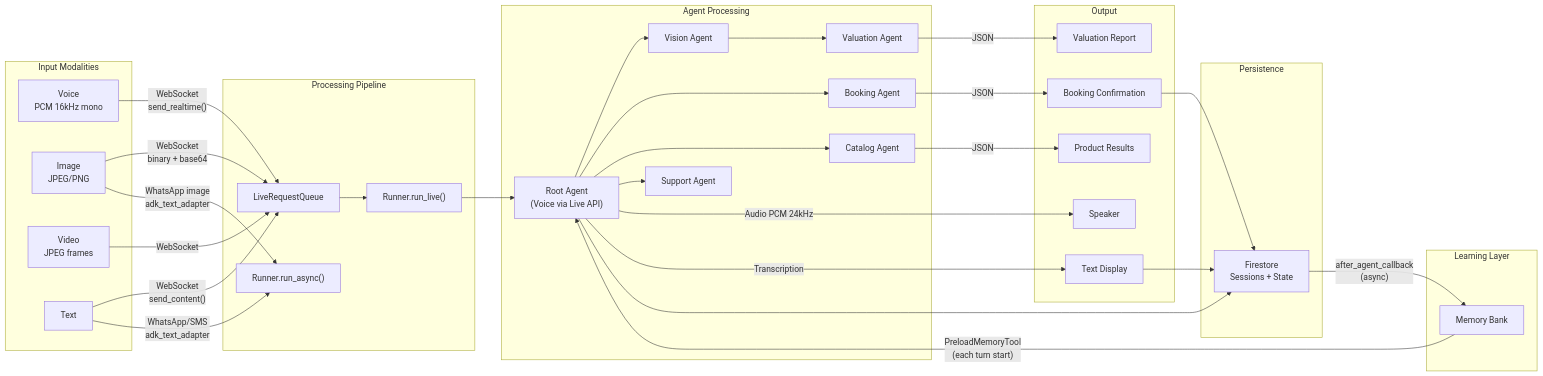
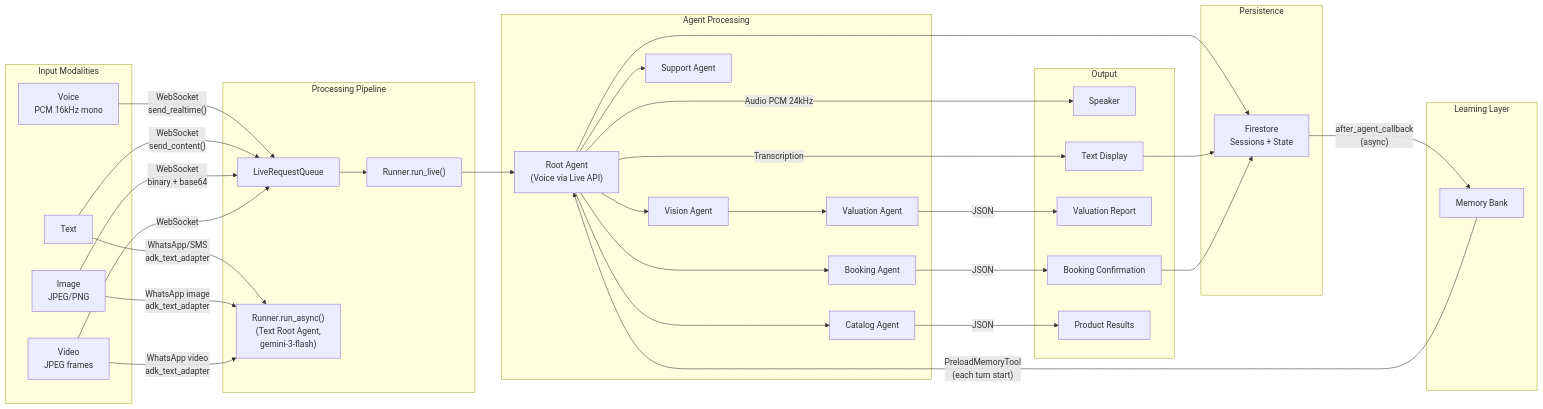
One commit to ogabasseyy/ekaette changed the third of 4 diagrams in docs/architecture/01-core-platform.md. Above: the diagram before and after it, drawn with Mermaid. The commit also changed other lines of this file and 1 other file, not shown here.

Commit message:
Update architecture docs: dual-runner, text root agent, video support

````diff
--- a/docs/architecture/01-core-platform.md
+++ b/docs/architecture/01-core-platform.md
@@ -300,49 +309,50 @@
 ```mermaid
 graph LR
     subgraph "Input Modalities"
         VOICE["Voice<br/>PCM 16kHz mono"]
         IMAGE["Image<br/>JPEG/PNG"]
         VIDEO["Video<br/>JPEG frames"]
         TEXT["Text"]
     end
 
     subgraph "Processing Pipeline"
         VOICE -->|"WebSocket<br/>send_realtime()"| LRQ["LiveRequestQueue"]
         TEXT -->|"WebSocket<br/>send_content()"| LRQ
         IMAGE -->|"WebSocket<br/>binary + base64"| LRQ
         VIDEO -->|"WebSocket"| LRQ
 
         LRQ --> RUNNER["Runner.run_live()"]
 
-        TEXT -->|"WhatsApp/SMS<br/>adk_text_adapter"| RUNNER2["Runner.run_async()"]
+        TEXT -->|"WhatsApp/SMS<br/>adk_text_adapter"| RUNNER2["Runner.run_async()<br/>(Text Root Agent,<br/>gemini-3-flash)"]
         IMAGE -->|"WhatsApp image<br/>adk_text_adapter"| RUNNER2
+        VIDEO -->|"WhatsApp video<br/>adk_text_adapter"| RUNNER2
     end
 
     subgraph "Agent Processing"
         RUNNER --> ROOT["Root Agent<br/>(Voice via Live API)"]
         ROOT --> VA["Vision Agent"]
         ROOT --> BA["Booking Agent"]
         ROOT --> CA["Catalog Agent"]
         ROOT --> SA["Support Agent"]
         VA --> VLA["Valuation Agent"]
     end
 
     subgraph "Output"
         ROOT -->|"Audio PCM 24kHz"| SPEAKER["Speaker"]
         ROOT -->|"Transcription"| TRANSCRIPT["Text Display"]
         VLA -->|"JSON"| REPORT["Valuation Report"]
         BA -->|"JSON"| CONFIRM["Booking Confirmation"]
         CA -->|"JSON"| RESULTS["Product Results"]
     end
 
     subgraph "Persistence"
         ROOT --> FS["Firestore<br/>Sessions + State"]
         TRANSCRIPT --> FS
         CONFIRM --> FS
     end
 
     subgraph "Learning Layer"
         FS -->|"after_agent_callback<br/>(async)"| MB2["Memory Bank"]
         MB2 -->|"PreloadMemoryTool<br/>(each turn start)"| ROOT
     end
 ```
````
